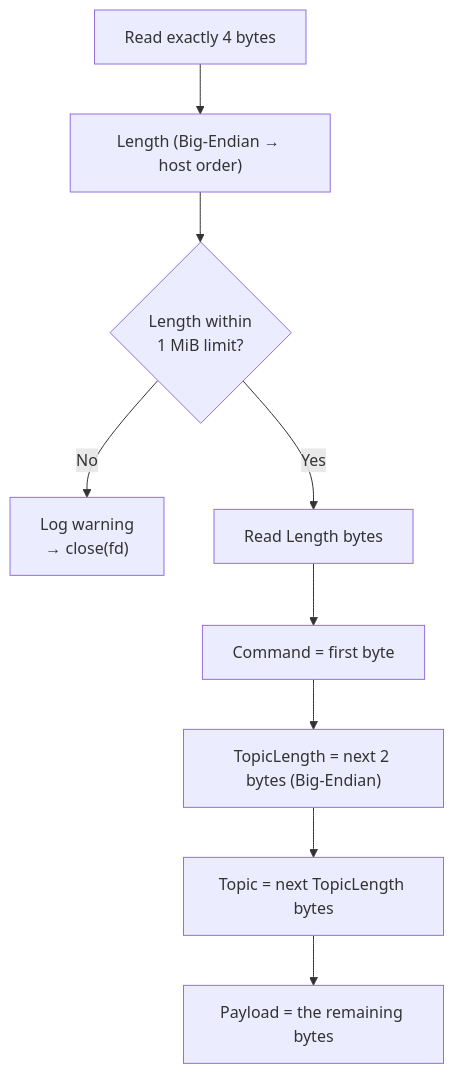
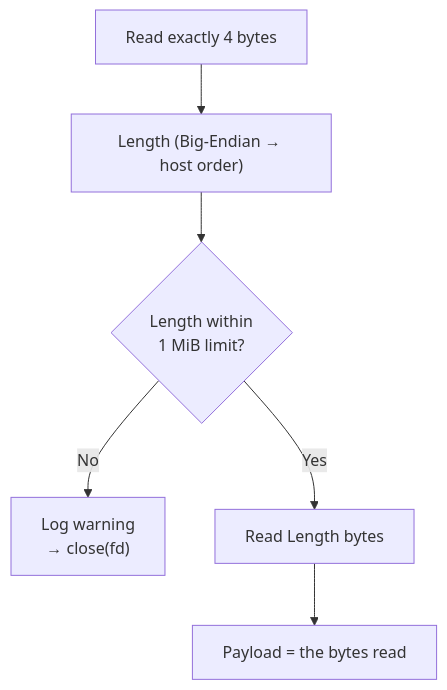
The diagram in docs/PROTOCOL.md (krss-sys/aether-stream-layer), drawn with Mermaid before and after one commit. The commit also changed other lines of this file and 2 other files, not shown here.

````diff
--- a/docs/PROTOCOL.md
+++ b/docs/PROTOCOL.md
@@ -68,11 +58,8 @@
 ```mermaid
 flowchart TD
     A["Read exactly 4 bytes"] --> B["Length (Big-Endian → host order)"]
     B --> C{"Length within<br/>1 MiB limit?"}
     C -- "No" --> X["Log warning<br/>→ close(fd)"]
     C -- "Yes" --> D["Read Length bytes"]
-    D --> E["Command = first byte"]
-    E --> F["TopicLength = next 2 bytes (Big-Endian)"]
-    F --> G["Topic = next TopicLength bytes"]
-    G --> H["Payload = the remaining bytes"]
+    D --> E["Payload = the bytes read"]
 ```
````
